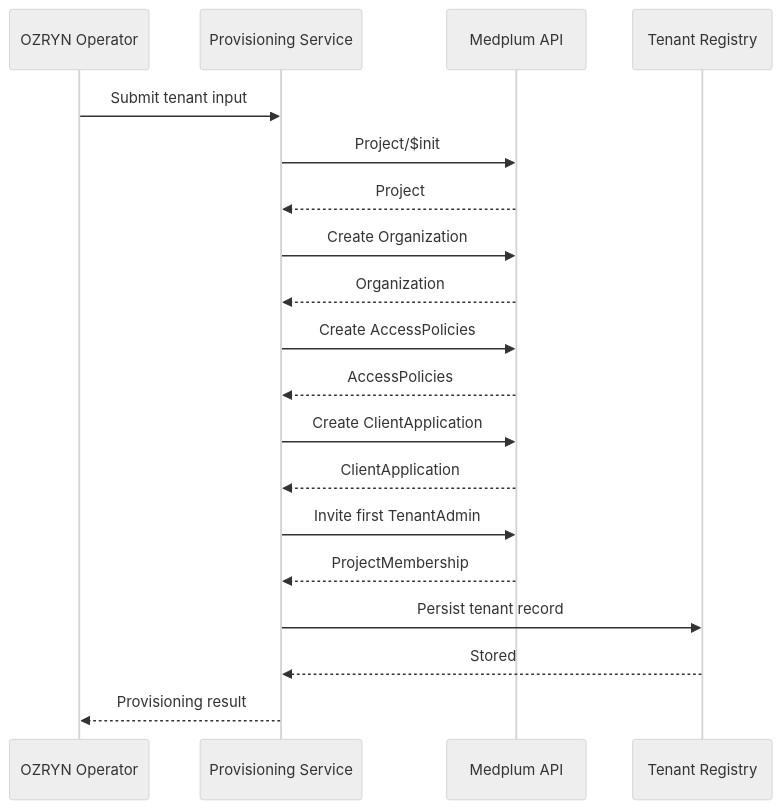
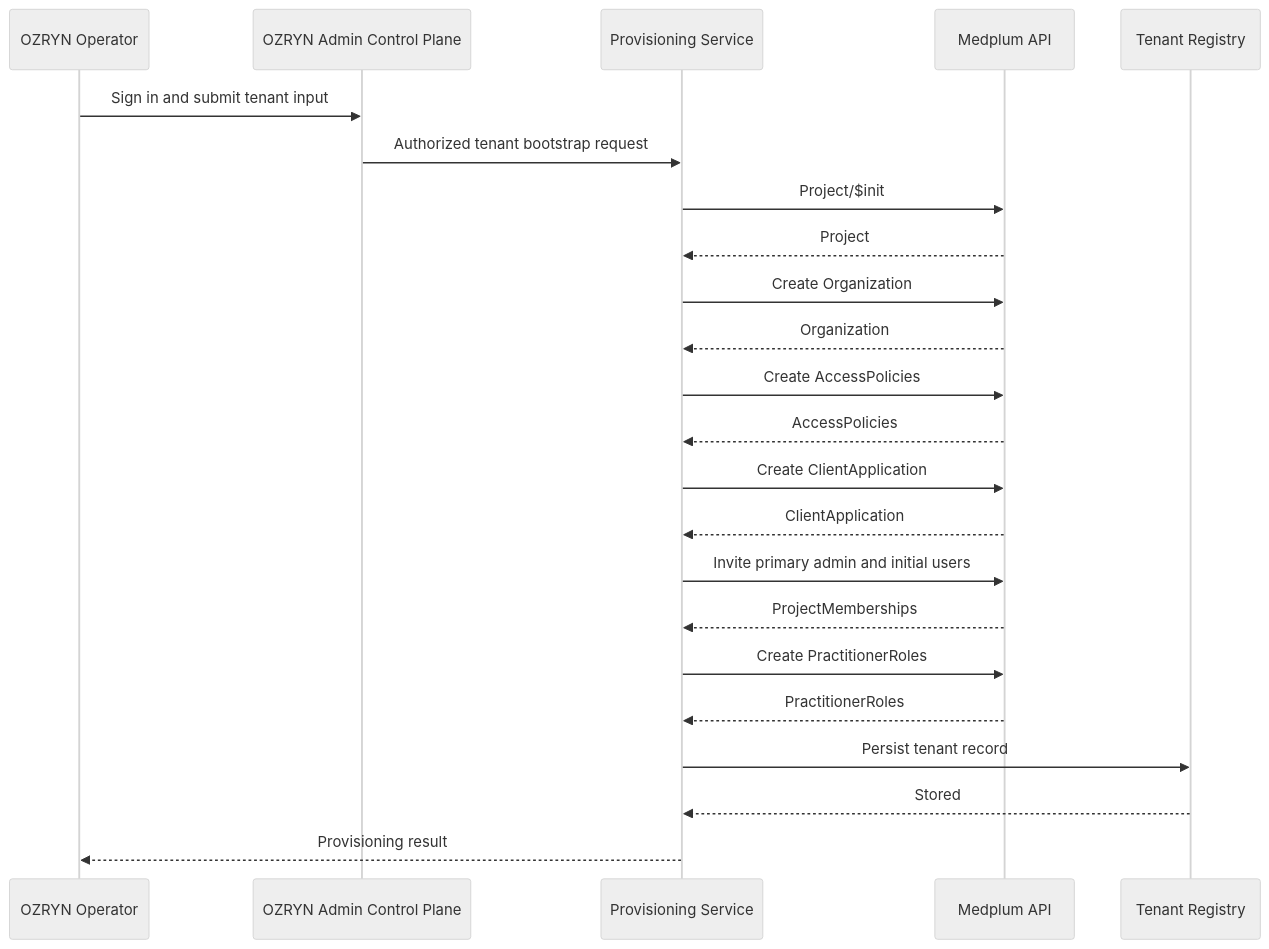
The diagram in docs/architecture/provisioning-flow.md (MrBrownstone/ozryn-app), drawn with Mermaid (neutral theme) before and after one commit. The commit also changed other lines of this file and 21 other files, not shown here.

````diff
--- a/docs/architecture/provisioning-flow.md
+++ b/docs/architecture/provisioning-flow.md
@@ -230,22 +263,26 @@
 ```mermaid
 sequenceDiagram
   participant Operator as OZRYN Operator
+  participant AdminUI as OZRYN Admin Control Plane
   participant Service as Provisioning Service
   participant Medplum as Medplum API
   participant Registry as Tenant Registry
 
-  Operator->>Service: Submit tenant input
+  Operator->>AdminUI: Sign in and submit tenant input
+  AdminUI->>Service: Authorized tenant bootstrap request
   Service->>Medplum: Project/$init
   Medplum-->>Service: Project
   Service->>Medplum: Create Organization
   Medplum-->>Service: Organization
   Service->>Medplum: Create AccessPolicies
   Medplum-->>Service: AccessPolicies
   Service->>Medplum: Create ClientApplication
   Medplum-->>Service: ClientApplication
-  Service->>Medplum: Invite first TenantAdmin
-  Medplum-->>Service: ProjectMembership
+  Service->>Medplum: Invite primary admin and initial users
+  Medplum-->>Service: ProjectMemberships
+  Service->>Medplum: Create PractitionerRoles
+  Medplum-->>Service: PractitionerRoles
   Service->>Registry: Persist tenant record
   Registry-->>Service: Stored
   Service-->>Operator: Provisioning result
 ```
````
